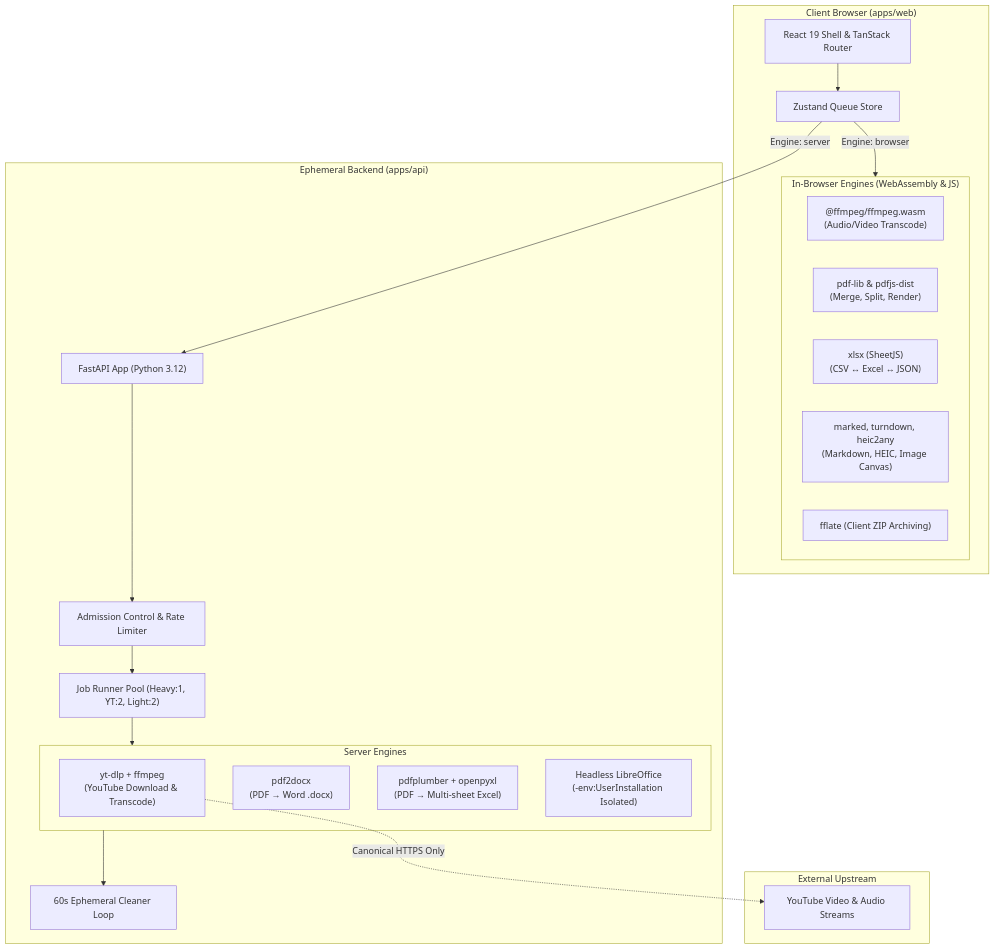
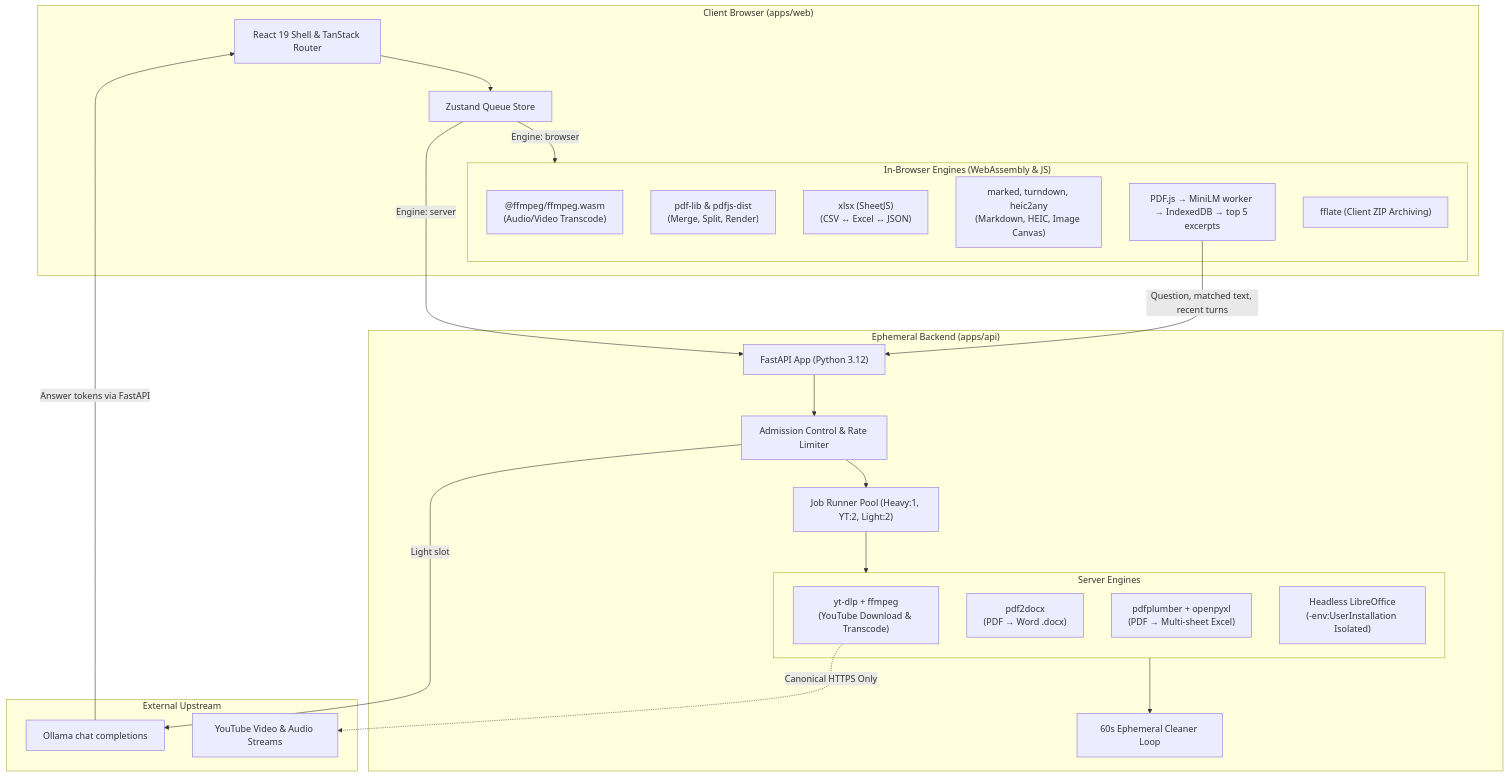
Before and after one commit to Joel-Joseph-George/convert-it: the diagram in README.md, drawn with Mermaid. The commit also changed other lines of this file and 5 other files, not shown here.

Commit message:
Document PDF chat setup, privacy, streaming and verification

````diff
--- a/README.md
+++ b/README.md
@@ -40,42 +40,47 @@
 ```mermaid
 flowchart TD
     subgraph Client ["Client Browser (apps/web)"]
         UI["React 19 Shell & TanStack Router"]
         QueueStore["Zustand Queue Store"]
         
         subgraph BrowserEngines ["In-Browser Engines (WebAssembly & JS)"]
             WASM["@ffmpeg/ffmpeg.wasm\n(Audio/Video Transcode)"]
             PDFJS["pdf-lib & pdfjs-dist\n(Merge, Split, Render)"]
             SheetJS["xlsx (SheetJS)\n(CSV ↔ Excel ↔ JSON)"]
             TextImg["marked, turndown, heic2any\n(Markdown, HEIC, Image Canvas)"]
+            PDFChat["PDF.js → MiniLM worker → IndexedDB → top 5 excerpts"]
             Zip["fflate (Client ZIP Archiving)"]
         end
     end
 
     subgraph Backend ["Ephemeral Backend (apps/api)"]
         FastAPI["FastAPI App (Python 3.12)"]
         Admission["Admission Control & Rate Limiter"]
         WorkerPool["Job Runner Pool (Heavy:1, YT:2, Light:2)"]
         DiskCleaner["60s Ephemeral Cleaner Loop"]
         
         subgraph ServerEngines ["Server Engines"]
             YTDLP["yt-dlp + ffmpeg\n(YouTube Download & Transcode)"]
             PDF2DOCX["pdf2docx\n(PDF → Word .docx)"]
             PDFPlumber["pdfplumber + openpyxl\n(PDF → Multi-sheet Excel)"]
             LibreOffice["Headless LibreOffice\n(-env:UserInstallation Isolated)"]
         end
     end
 
     subgraph External ["External Upstream"]
+        Ollama["Ollama chat completions"]
         YouTube["YouTube Video & Audio Streams"]
     end
 
     UI --> QueueStore
     QueueStore -- "Engine: browser" --> BrowserEngines
     QueueStore -- "Engine: server" --> FastAPI
     
     FastAPI --> Admission --> WorkerPool
     WorkerPool --> ServerEngines
     YTDLP -. "Canonical HTTPS Only" .-> YouTube
+    PDFChat -- "Question, matched text, recent turns" --> FastAPI
+    Admission -- "Light slot" --> Ollama
+    Ollama -- "Answer tokens via FastAPI" --> UI
     ServerEngines --> DiskCleaner
 ```
````
